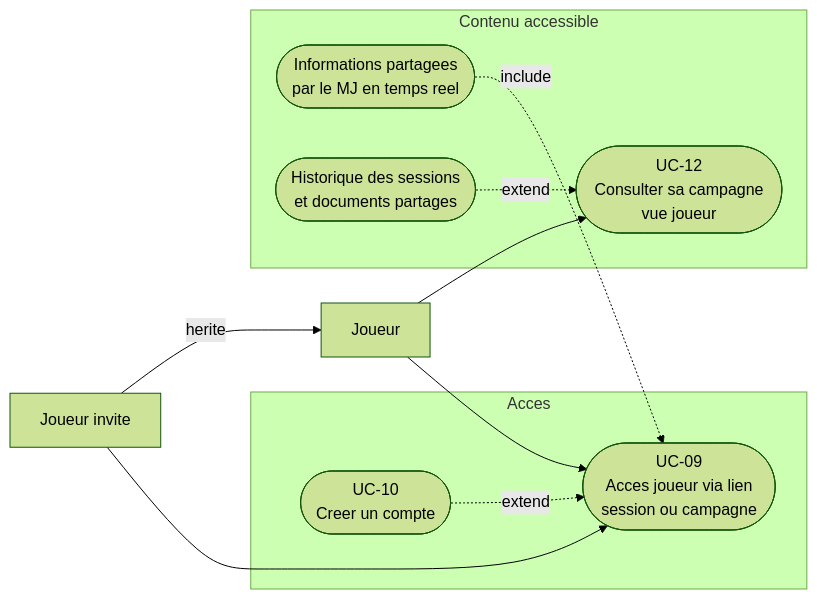
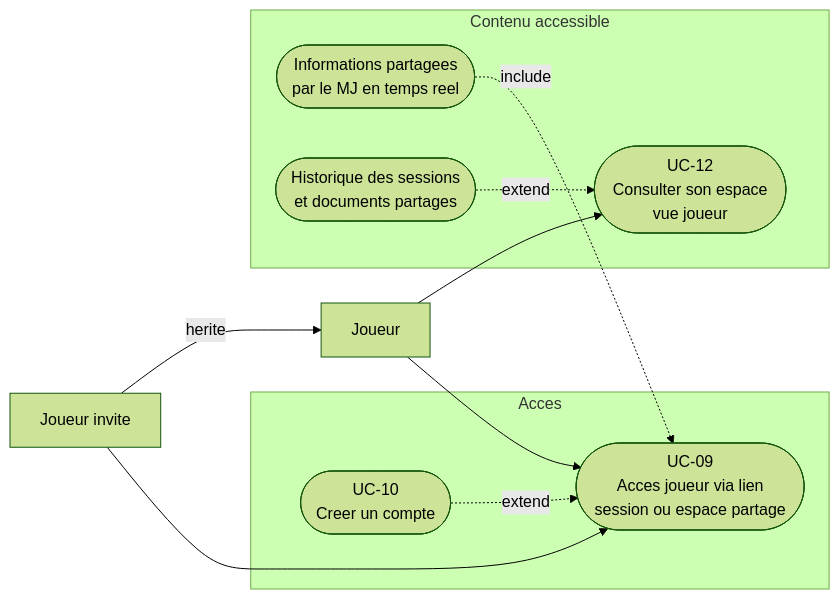
One commit to 2025-10-CDA-ECO-P6/PM-micro-saas changed the fourth of 5 diagrams in docs/besoin/cas-d-utilisation/diagrammes.md. Above: the diagram before and after it, drawn with Mermaid (forest theme). The commit also changed other lines of this file, not shown here.

First line of the commit message:
docs(cas-d-utilisation): aligne les diagrammes de cas d'utilisation sur les UC

````diff
--- a/docs/besoin/cas-d-utilisation/diagrammes.md
+++ b/docs/besoin/cas-d-utilisation/diagrammes.md
@@ -198,24 +196,24 @@
 ```mermaid
 flowchart LR
     Joueur["Joueur"]
     JInvite["Joueur invite"]
     JInvite -- herite --> Joueur
 
     subgraph ACCES["Acces"]
-        UC09(["UC-09\nAcces joueur via lien\nsession ou campagne"])
+        UC09(["UC-09\nAcces joueur via lien\nsession ou espace partage"])
         UC10(["UC-10\nCreer un compte"])
     end
     subgraph CONTENU["Contenu accessible"]
         INFO(["Informations partagees\npar le MJ en temps reel"])
         HIST(["Historique des sessions\net documents partages"])
-        UC12(["UC-12\nConsulter sa campagne\nvue joueur"])
+        UC12(["UC-12\nConsulter son espace\nvue joueur"])
     end
 
     JInvite --> UC09
     Joueur --> UC09
     Joueur --> UC12
 
     UC10 -.->|"extend"| UC09
     INFO -.->|"include"| UC09
     HIST -.->|"extend"| UC12
 ```
````
